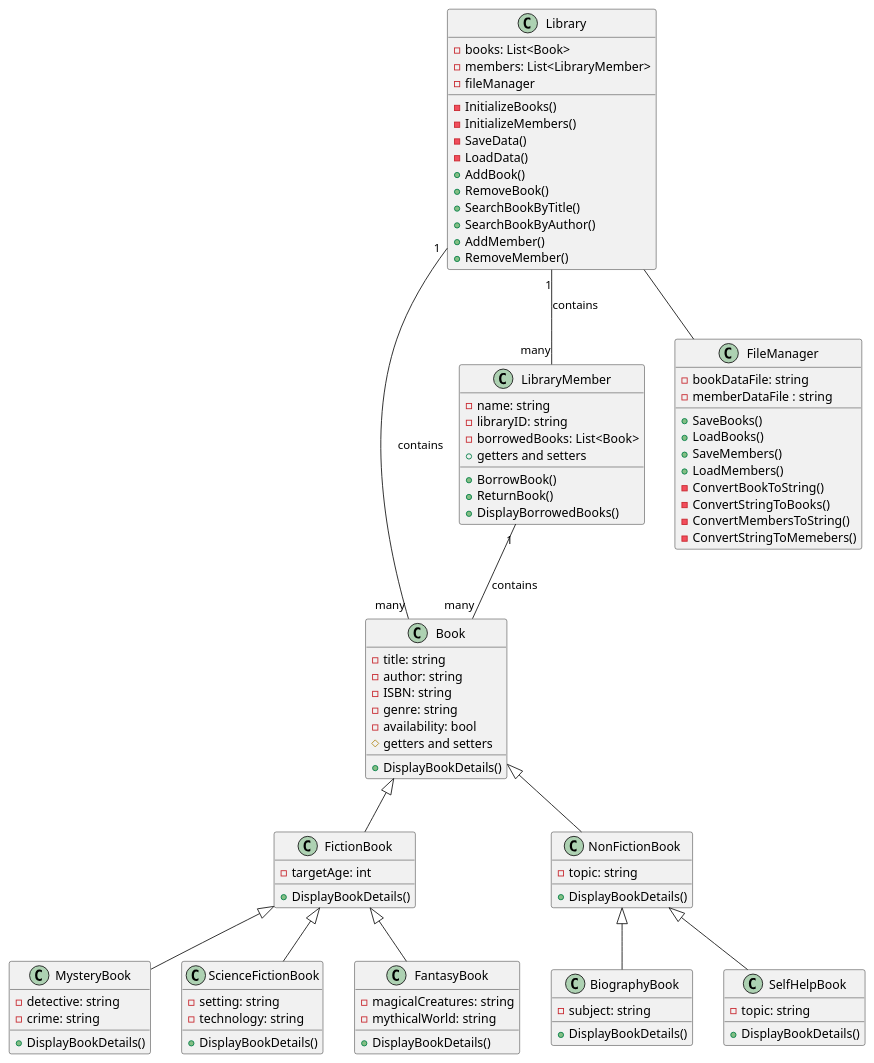
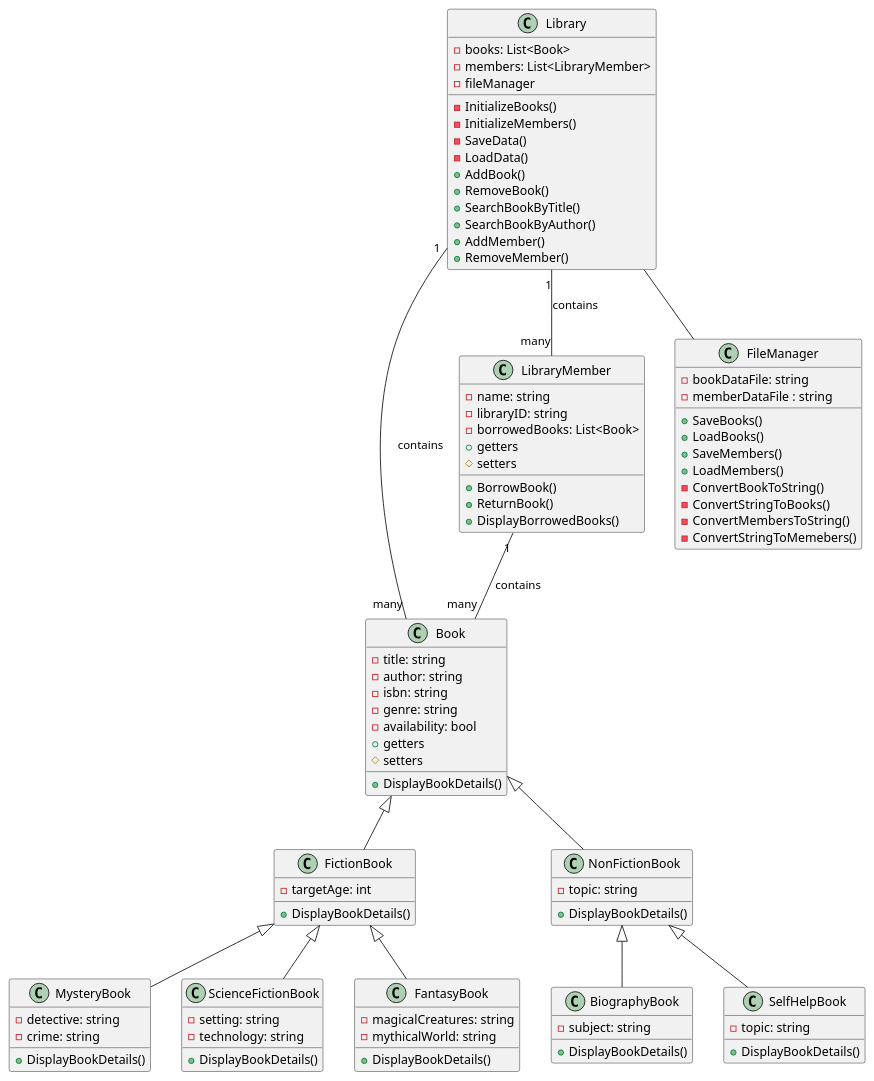
One commit to Kasmodan1/cse210 changed the diagram in final/FinalProject/finaldiagram.wsd. Above: the diagram before and after it, drawn with PlantUML.

Commit message:
made clear setters will be protected

```diff
--- a/final/FinalProject/finaldiagram.wsd
+++ b/final/FinalProject/finaldiagram.wsd
@@ -1,103 +1,105 @@
 @startuml Library System
 
 Book <|-- FictionBook
 Book <|-- NonFictionBook
 FictionBook <|-- MysteryBook
 FictionBook <|-- ScienceFictionBook
 FictionBook <|-- FantasyBook
 NonFictionBook <|-- BiographyBook
 NonFictionBook <|-- SelfHelpBook
 LibraryMember "1" -- "many" Book :contains
 Library "1" -- "many" Book :contains
 Library "1" -- "many" LibraryMember :contains
 Library -- FileManager
 
 class Library {
   - books: List<Book>
   - members: List<LibraryMember>
   - fileManager
   - InitializeBooks()
   - InitializeMembers()
   - SaveData()
   - LoadData()
   + AddBook()
   + RemoveBook()
   + SearchBookByTitle()
   + SearchBookByAuthor()
   + AddMember()
   + RemoveMember()
 }
 
 class FileManager {
   - bookDataFile: string
   - memberDataFile : string
   + SaveBooks()
   + LoadBooks()
   + SaveMembers()
   + LoadMembers()
   - ConvertBookToString()
   - ConvertStringToBooks()
   - ConvertMembersToString()
   - ConvertStringToMemebers()
 }
 
 class LibraryMember {
   - name: string
   - libraryID: string
   - borrowedBooks: List<Book>
-  + getters and setters
+  + getters
+  # setters
   + BorrowBook()
   + ReturnBook()
   + DisplayBorrowedBooks()
 }
 
 class Book {
   - title: string
   - author: string
-  - ISBN: string
+  - isbn: string
   - genre: string
   - availability: bool
-  # getters and setters
+  + getters
+  # setters
   + DisplayBookDetails()
 }
 
 class FictionBook {
   - targetAge: int
   + DisplayBookDetails()
 }
 
 class NonFictionBook {
   - topic: string
   + DisplayBookDetails()
 }
 
 class MysteryBook {
   - detective: string
   - crime: string
   + DisplayBookDetails()
 }
 
 class ScienceFictionBook {
   - setting: string
   - technology: string
   + DisplayBookDetails()
 }
 
 class FantasyBook {
   - magicalCreatures: string
   - mythicalWorld: string
   + DisplayBookDetails()
 }
 
 class BiographyBook {
   - subject: string
   + DisplayBookDetails()
 }
 
 class SelfHelpBook {
   - topic: string
   + DisplayBookDetails()
 }
 
 
 @enduml
```
